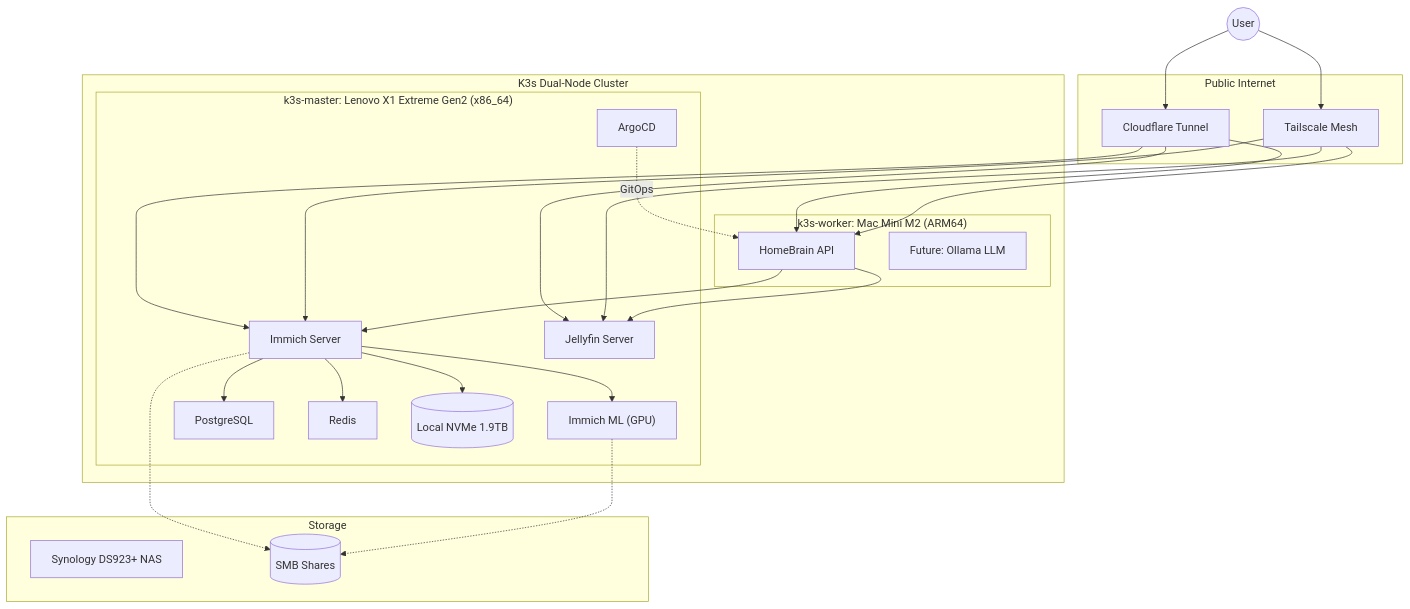
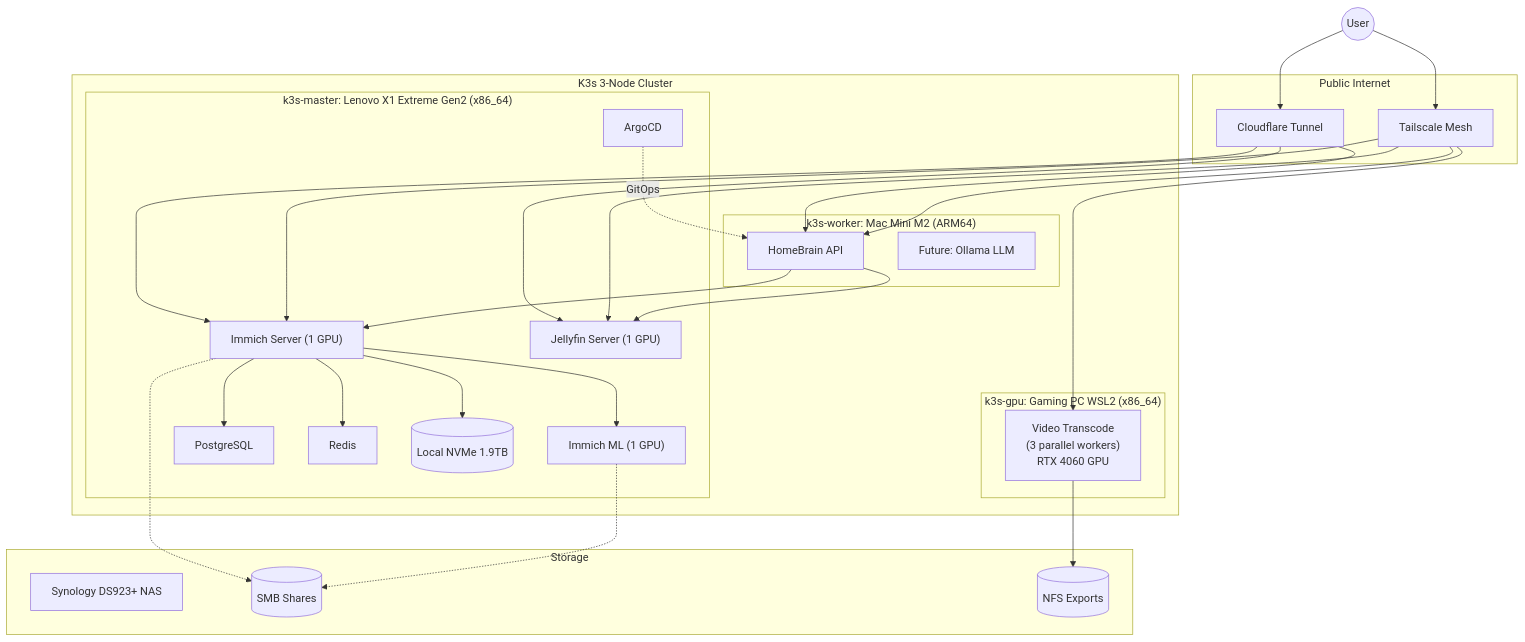
The first of 3 diagrams in README.md (kanokgan/home-brain), drawn with Mermaid before and after one commit. The commit also changed other lines of this file and 8 other files, not shown here.

First line of the commit message:
Enhance GPU resource allocation and video transcoding setup

````diff
--- a/README.md
+++ b/README.md
@@ -21,35 +22,40 @@
 ```mermaid
 flowchart TB
  subgraph subGraph0["Public Internet"]
         CF["Cloudflare Tunnel"]
         TS["Tailscale Mesh"]
   end
- subgraph subGraph1["K3s Dual-Node Cluster"]
+ subgraph subGraph1["K3s 3-Node Cluster"]
         subgraph subGraph2["k3s-master: Lenovo X1 Extreme Gen2 (x86_64)"]
-            Immich["Immich Server"]
-            Jellyfin["Jellyfin Server"]
-            ImmichML["Immich ML (GPU)"]
+            Immich["Immich Server (1 GPU)"]
+            Jellyfin["Jellyfin Server (1 GPU)"]
+            ImmichML["Immich ML (1 GPU)"]
             Postgres["PostgreSQL"]
             Redis["Redis"]
             ArgoCD["ArgoCD"]
             LocalNVMe[("Local NVMe 1.9TB")]
         end
-        subgraph subGraph3["k3s-worker: Mac Mini M2 (ARM64)"]
+        subgraph subGraph3["k3s-gpu: Gaming PC WSL2 (x86_64)"]
+            Transcode["Video Transcode<br>(3 parallel workers)<br>RTX 4060 GPU"]
+        end
+        subgraph subGraph4["k3s-worker: Mac Mini M2 (ARM64)"]
             API["HomeBrain API"]
             LLM["Future: Ollama LLM"]
         end
   end
- subgraph subGraph4["Storage"]
+ subgraph subGraph5["Storage"]
         NAS["Synology DS923+ NAS"]
         SMB[("SMB Shares")]
+        NFS[("NFS Exports")]
   end
     User(("User")) --> CF & TS
     CF --> Immich & Jellyfin & API
-    TS --> Immich & Jellyfin & API
+    TS --> Immich & Jellyfin & API & Transcode
     API --> Immich & Jellyfin
     Immich --> ImmichML & Postgres & Redis
     Immich --> LocalNVMe
     Immich -.-> SMB
     ImmichML -.-> SMB
+    Transcode --> NFS
     ArgoCD -. "GitOps" .-> API
 ```
````
